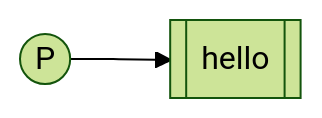
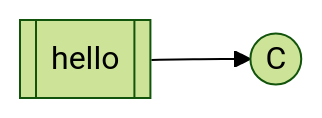
The fifth of 5 diagrams in src/components/Tutorials/Tutorial-1.md (rabbitmq/rabbitmq-website), drawn with Mermaid (forest theme) before and after one commit. The commit also changed other lines of this file and 1 other file, not shown here.

````diff
--- a/src/components/Tutorials/Tutorial-1.md
+++ b/src/components/Tutorials/Tutorial-1.md
@@ -124,7 +144,7 @@
 ```mermaid
 flowchart LR
-    P((P)) --> Q[[hello]]
+    Q[[hello]] --> C((C))
 
-    class P mermaid-producer
     class Q mermaid-queue
+    class C mermaid-consumer
 ```
````
